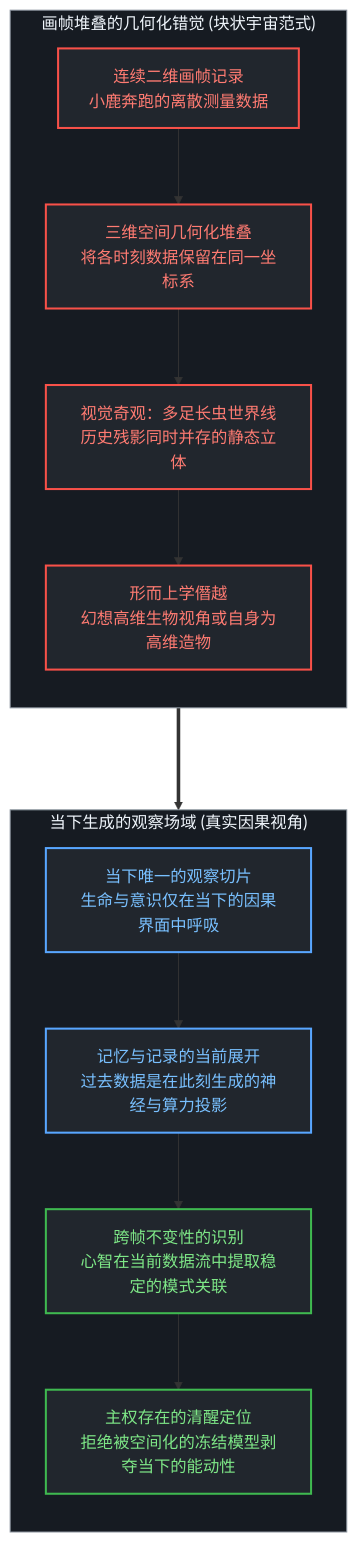
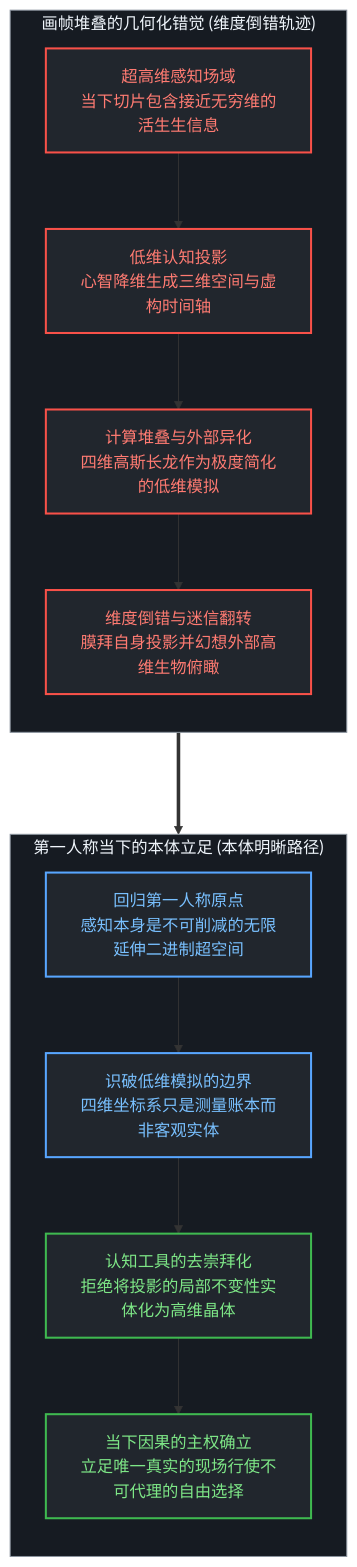
Before and after one commit to powerpig99/not-a-toe: the first of 4 diagrams in content/posts/the-myth-of-the-four-dimensional-deer-and-the-present-model.md, drawn with Mermaid. The commit also changed other lines of this file and 3 other files, not shown here.

````diff
--- a/content/posts/the-myth-of-the-four-dimensional-deer-and-the-present-model.md
+++ b/content/posts/the-myth-of-the-four-dimensional-deer-and-the-present-model.md
@@ -17,29 +17,29 @@
 ```mermaid
 graph TD
     classDef default fill:#0d1117,stroke:#30363d,stroke-width:1px,color:#c9d1d9;
     classDef canvas fill:#161b22,stroke:#8b949e,stroke-width:1px,color:#f0f6fc;
     classDef errNode fill:#21262d,stroke:#f85149,stroke-width:2px,color:#ff7b72;
     classDef actNode fill:#21262d,stroke:#58a6ff,stroke-width:2px,color:#79c0ff;
     classDef resNode fill:#21262d,stroke:#3fb950,stroke-width:2px,color:#7ee787;
 
-    subgraph ErrorTrack ["画帧堆叠的几何化错觉 (块状宇宙范式)"]
+    subgraph ErrorTrack ["画帧堆叠的几何化错觉 (维度倒错轨迹)"]
         direction TB
-        E1["连续二维画帧记录<br/>小鹿奔跑的离散测量数据"] --> E2["三维空间几何化堆叠<br/>将各时刻数据保留在同一坐标系"]
-        E2 --> E3["视觉奇观：多足长虫世界线<br/>历史残影同时并存的静态立体"]
-        E3 --> E4["形而上学僭越<br/>幻想高维生物视角或自身为高维造物"]
+        E1["超高维感知场域<br/>当下切片包含接近无穷维的活生生信息"] --> E2["低维认知投影<br/>心智降维生成三维空间与虚构时间轴"]
+        E2 --> E3["计算堆叠与外部异化<br/>四维高斯长龙作为极度简化的低维模拟"]
+        E3 --> E4["维度倒错与迷信翻转<br/>膜拜自身投影并幻想外部高维生物俯瞰"]
     end
 
     ErrorTrack ===> RealityTrack
 
-    subgraph RealityTrack ["当下生成的观察场域 (真实因果视角)"]
+    subgraph RealityTrack ["第一人称当下的本体立足 (本体明晰路径)"]
         direction TB
-        R1["当下唯一的观察切片<br/>生命与意识仅在当下的因果界面中呼吸"] --> R2["记忆与记录的当前展开<br/>过去数据是在此刻生成的神经与算力投影"]
-        R2 --> R3["跨帧不变性的识别<br/>心智在当前数据流中提取稳定的模式关联"]
-        R3 --> R4["主权存在的清醒定位<br/>拒绝被空间化的冻结模型剥夺当下的能动性"]
+        R1["回归第一人称原点<br/>感知本身是不可削减的无限延伸二进制超空间"] --> R2["识破低维模拟的边界<br/>四维坐标系只是测量账本而非客观实体"]
+        R2 --> R3["认知工具的去崇拜化<br/>拒绝将投影的局部不变性实体化为高维晶体"]
+        R3 --> R4["当下因果的主权确立<br/>立足唯一真实的现场行使不可代理的自由选择"]
     end
 
     class ErrorTrack,RealityTrack canvas;
     class E1,E2,E3,E4 errNode;
     class R1,R2 actNode;
     class R3,R4 resNode;
 ```
````
